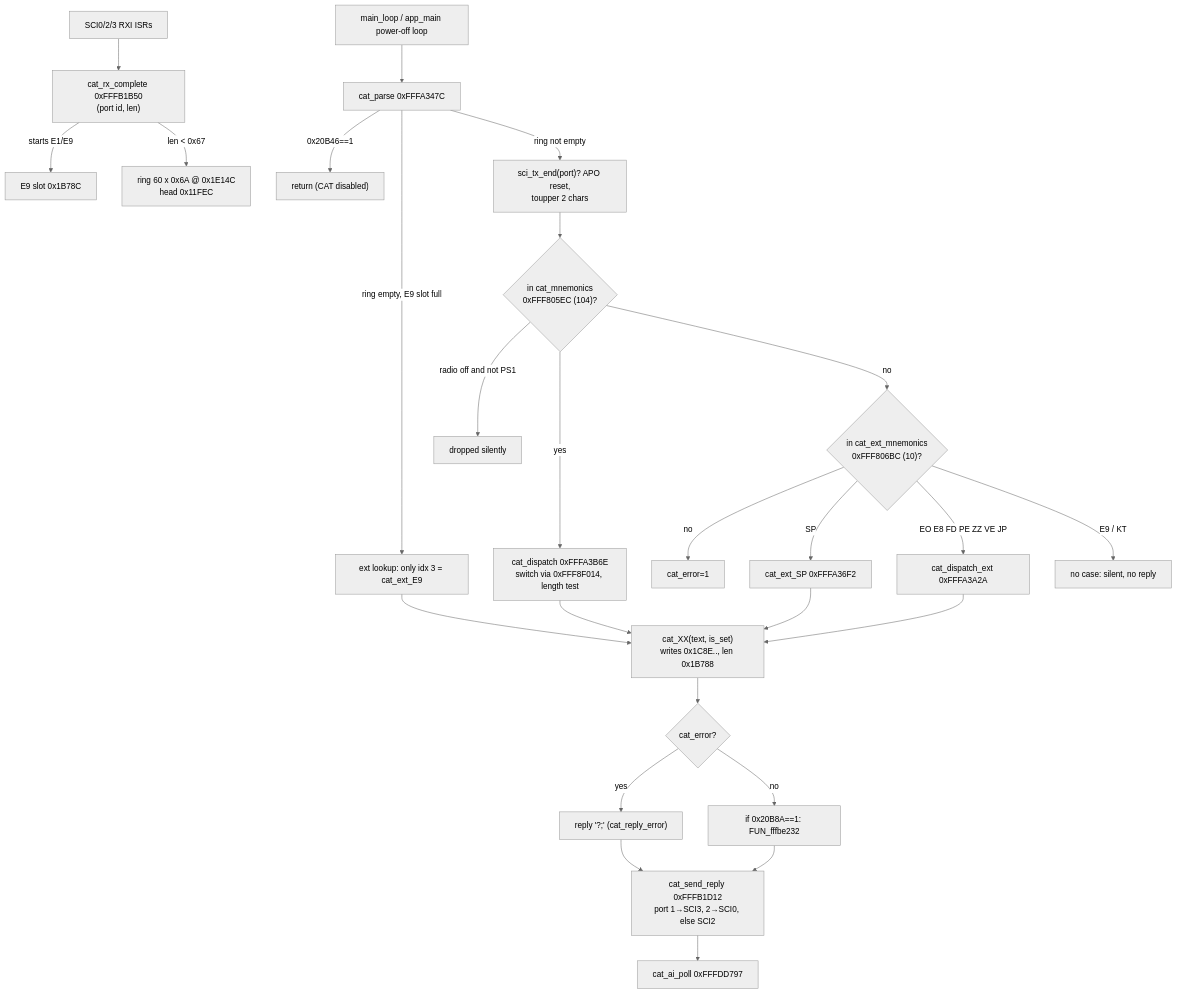
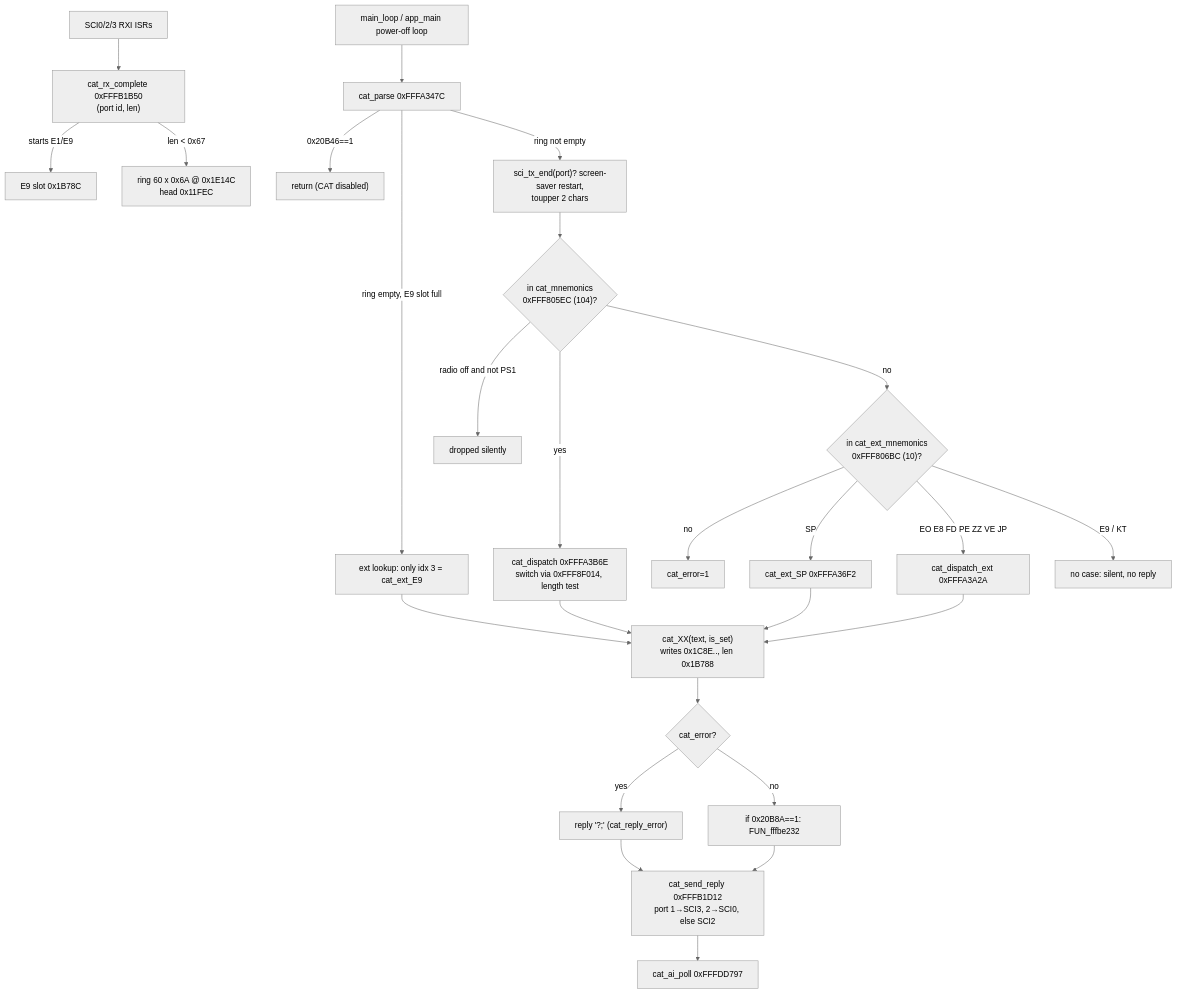
One commit to Reid-n0rc/FT-710_Firmware changed the first of 3 diagrams in docs/code/main/cat.md. Above: the diagram before and after it, drawn with Mermaid (neutral theme). The commit also changed other lines of this file and 10 other files, not shown here.

First line of the commit message:
main: cat_apo_reset is the screen-saver timer (#208)

````diff
--- a/docs/code/main/cat.md
+++ b/docs/code/main/cat.md
@@ -42,28 +42,28 @@
 ```mermaid
 flowchart TD
   ISR["SCI0/2/3 RXI ISRs"] --> RXC["cat_rx_complete 0xFFFB1B50<br/>(port id, len)"]
   RXC -->|"starts E1/E9"| E9BUF["E9 slot 0x1B78C"]
   RXC -->|"len < 0x67"| RING["ring 60 x 0x6A @ 0x1E14C<br/>head 0x11FEC"]
   ML["main_loop / app_main power-off loop"] --> P["cat_parse 0xFFFA347C"]
   P -->|"0x20B46==1"| X["return (CAT disabled)"]
   P -->|"ring empty, E9 slot full"| E9["ext lookup: only idx 3 = cat_ext_E9"]
-  P -->|"ring not empty"| T["sci_tx_end(port)? APO reset,<br/>toupper 2 chars"]
+  P -->|"ring not empty"| T["sci_tx_end(port)? screen-saver restart,<br/>toupper 2 chars"]
   T --> L1{"in cat_mnemonics<br/>0xFFF805EC (104)?"}
   L1 -->|"radio off and not PS1"| DROP["dropped silently"]
   L1 -->|yes| D["cat_dispatch 0xFFFA3B6E<br/>switch via 0xFFF8F014, length test"]
   L1 -->|no| L2{"in cat_ext_mnemonics<br/>0xFFF806BC (10)?"}
   L2 -->|no| ERR["cat_error=1"]
   L2 -->|SP| SP["cat_ext_SP 0xFFFA36F2"]
   L2 -->|"EO E8 FD PE ZZ VE JP"| DX["cat_dispatch_ext 0xFFFA3A2A"]
   L2 -->|"E9 / KT"| NOP["no case: silent, no reply"]
   D --> H["cat_XX(text, is_set)<br/>writes 0x1C8E.., len 0x1B788"]
   DX --> H
   SP --> H
   E9 --> H
   H --> R{"cat_error?"}
   R -->|yes| Q["reply '?;' (cat_reply_error)"]
   R -->|no| AIH["if 0x20B8A==1: FUN_fffbe232"]
   Q --> SEND["cat_send_reply 0xFFFB1D12<br/>port 1→SCI3, 2→SCI0, else SCI2"]
   AIH --> SEND
   SEND --> AIP["cat_ai_poll 0xFFFDD797"]
 ```
````
